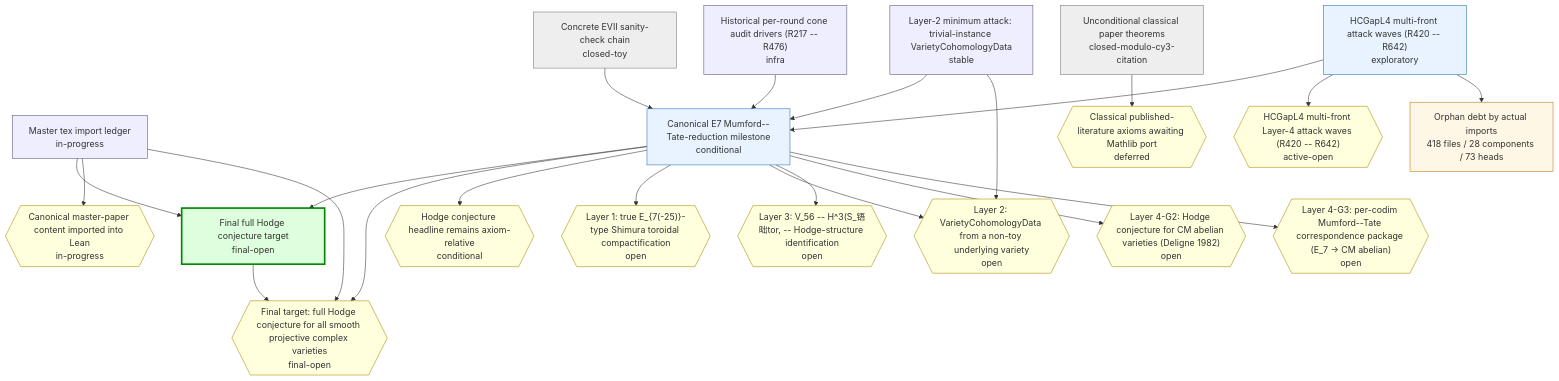
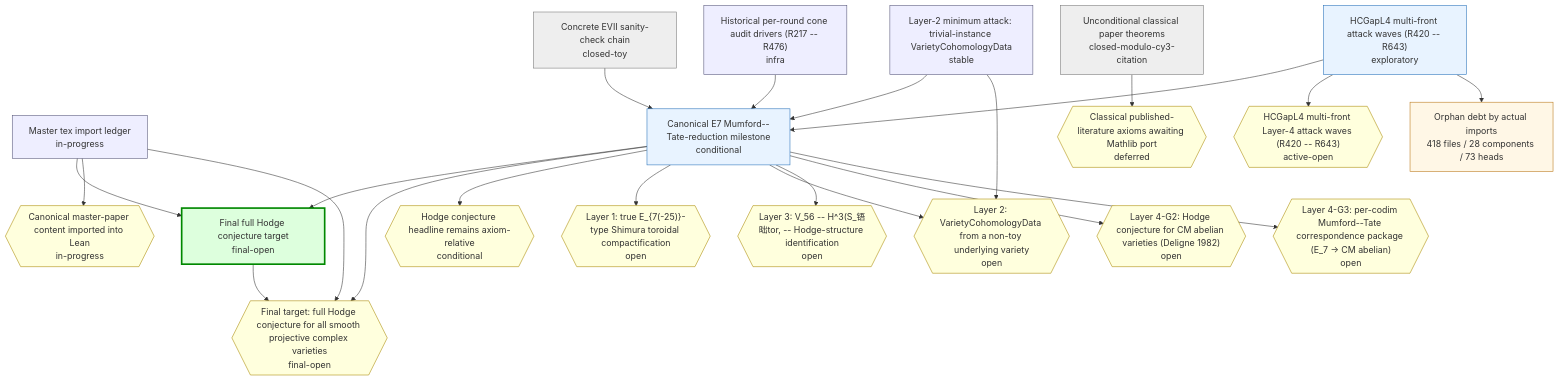
The first of 2 diagrams in chain-status/research-map.md (crabsatellite/hodge-conjecture-lean4-formalization), drawn with Mermaid before and after one commit. The commit also changed other lines of this file and 8 other files, not shown here.

````diff
--- a/chain-status/research-map.md
+++ b/chain-status/research-map.md
@@ -46,54 +46,54 @@
 ```mermaid
 graph TD
   classDef main fill:#dfd,stroke:#080,stroke-width:3px
   classDef active fill:#e8f3ff,stroke:#2670b8
   classDef support fill:#eef,stroke:#557
   classDef closed fill:#eee,stroke:#777
   classDef dead fill:#fdd,stroke:#a00,stroke-width:2px
   classDef gapOpen fill:#ffd,stroke:#a80
   classDef gapClosed fill:#eee,stroke:#777
   classDef gapDead fill:#fdd,stroke:#a00
   classDef debt fill:#fff7e6,stroke:#b87514
   classDef debtTaxonomy fill:#e8f3ff,stroke:#2670b8,stroke-dasharray:3 3
   classDef debtRule fill:#eefbea,stroke:#398439,stroke-dasharray:3 3
   classDef debtDead fill:#fdd,stroke:#a00,stroke-dasharray:3 3
   chain_full_hc_final_target["Final full Hodge conjecture target\nfinal-open"]:::main
   chain_master_paper_import_ledger["Master tex import ledger\nin-progress"]:::support
   chain_main_hc_axiom_relative["Canonical E7 Mumford--Tate-reduction milestone\nconditional"]:::active
   chain_unconditional_classical["Unconditional classical paper theorems\nclosed-modulo-cy3-citation"]:::closed
   chain_hcgap_l2_trivial_instances["Layer-2 minimum attack: trivial-instance VarietyCohomologyData\nstable"]:::support
-  chain_hcgap_l4_multifront_active["HCGapL4 multi-front attack waves (R420 -- R642)\nexploratory"]:::active
+  chain_hcgap_l4_multifront_active["HCGapL4 multi-front attack waves (R420 -- R643)\nexploratory"]:::active
   chain_concrete_evii_toy["Concrete EVII sanity-check chain\nclosed-toy"]:::closed
   chain_historical_cone_audits["Historical per-round cone audit drivers (R217 -- R476)\ninfra"]:::support
   gap_G_full_hc{{"Final target: full Hodge conjecture for all smooth projective complex varieties\nfinal-open"}}:::gapOpen
   gap_G_master_paper_import{{"Canonical master-paper content imported into Lean\nin-progress"}}:::gapOpen
   gap_G_main_hc{{"Hodge conjecture headline remains axiom-relative\nconditional"}}:::gapOpen
   gap_G_l1_e7_shimura_tor{{"Layer 1: true E_{7(-25)}-type Shimura toroidal compactification\nopen"}}:::gapOpen
   gap_G_l2_cohomology_construction{{"Layer 2: VarietyCohomologyData from a non-toy underlying variety\nopen"}}:::gapOpen
   gap_G_l3_v56_mt_identification{{"Layer 3: V_56 -- H^3(S_铻昢tor, -- Hodge-structure identification\nopen"}}:::gapOpen
   gap_G_l4_cm_abelian_hc{{"Layer 4-G2: Hodge conjecture for CM abelian varieties (Deligne 1982)\nopen"}}:::gapOpen
   gap_G_l4_mt_correspondence{{"Layer 4-G3: per-codim Mumford--Tate correspondence package (E_7 -> CM abelian)\nopen"}}:::gapOpen
   gap_G_classical_mathlib_port{{"Classical published-literature axioms awaiting Mathlib port\ndeferred"}}:::gapOpen
-  gap_G_hcgap_l4_multifront{{"HCGapL4 multi-front Layer-4 attack waves (R420 -- R642)\nactive-open"}}:::gapOpen
+  gap_G_hcgap_l4_multifront{{"HCGapL4 multi-front Layer-4 attack waves (R420 -- R643)\nactive-open"}}:::gapOpen
   chain_full_hc_final_target --> gap_G_full_hc
   chain_master_paper_import_ledger --> chain_full_hc_final_target
   chain_master_paper_import_ledger --> gap_G_master_paper_import
   chain_master_paper_import_ledger --> gap_G_full_hc
   chain_main_hc_axiom_relative --> chain_full_hc_final_target
   chain_main_hc_axiom_relative --> gap_G_full_hc
   chain_main_hc_axiom_relative --> gap_G_main_hc
   chain_main_hc_axiom_relative --> gap_G_l1_e7_shimura_tor
   chain_main_hc_axiom_relative --> gap_G_l2_cohomology_construction
   chain_main_hc_axiom_relative --> gap_G_l3_v56_mt_identification
   chain_main_hc_axiom_relative --> gap_G_l4_cm_abelian_hc
   chain_main_hc_axiom_relative --> gap_G_l4_mt_correspondence
   chain_unconditional_classical --> gap_G_classical_mathlib_port
   chain_hcgap_l2_trivial_instances --> chain_main_hc_axiom_relative
   chain_hcgap_l2_trivial_instances --> gap_G_l2_cohomology_construction
   chain_hcgap_l4_multifront_active --> chain_main_hc_axiom_relative
   chain_hcgap_l4_multifront_active --> gap_G_hcgap_l4_multifront
   chain_concrete_evii_toy --> chain_main_hc_axiom_relative
   chain_historical_cone_audits --> chain_main_hc_axiom_relative
   debt_all["Orphan debt by actual imports\n418 files / 28 components / 73 heads"]:::debt
   chain_hcgap_l4_multifront_active --> debt_all
 ```
````
